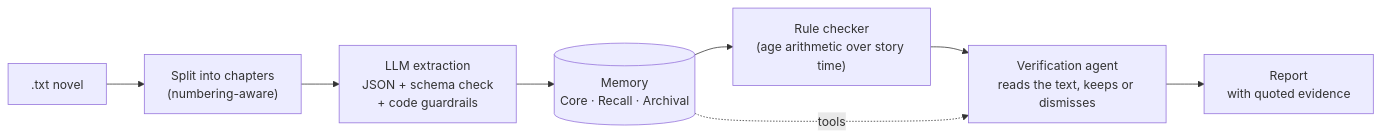
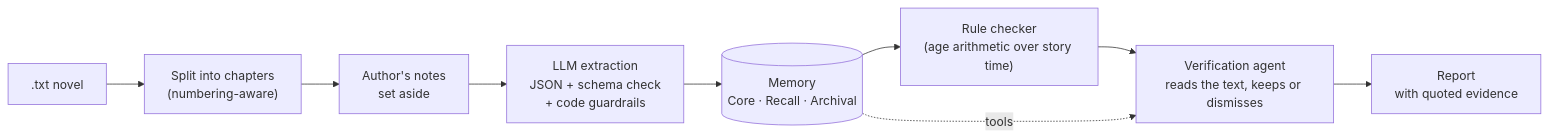
One commit to kkkkkkatherine01/Webfic-Checker changed the diagram in README.md. Above: the diagram before and after it, drawn with Mermaid. The commit also changed other lines of this file and 21 other files, not shown here.

Commit message:
Set author's notes aside before extraction; rank exact quotes first in search; filter idiomatic and hearsay injection anchors

````diff
--- a/README.md
+++ b/README.md
@@ -36,10 +37,11 @@
 ```mermaid
 flowchart LR
     T[".txt novel"] --> S["Split into chapters<br/>(numbering-aware)"]
-    S --> E["LLM extraction<br/>JSON + schema check<br/>+ code guardrails"]
+    S --> A["Author's notes<br/>set aside"]
+    A --> E["LLM extraction<br/>JSON + schema check<br/>+ code guardrails"]
     E --> M[("Memory<br/>Core · Recall · Archival")]
     M --> C["Rule checker<br/>(age arithmetic over story time)"]
     C --> V["Verification agent<br/>reads the text, keeps or dismisses"]
     V --> R["Report<br/>with quoted evidence"]
     M -. tools .-> V
 ```
````
